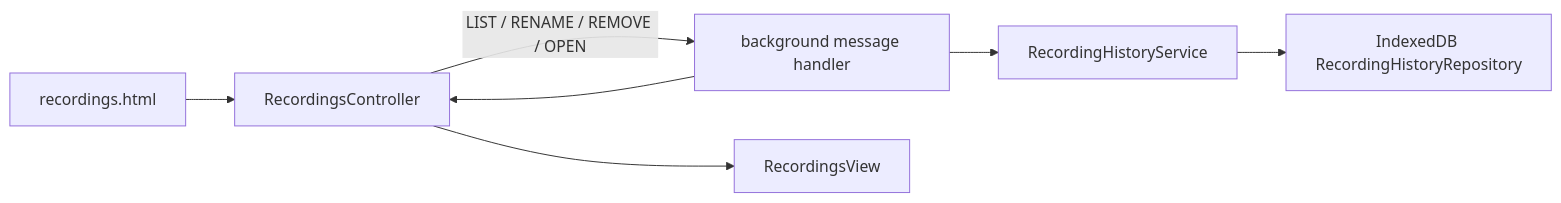
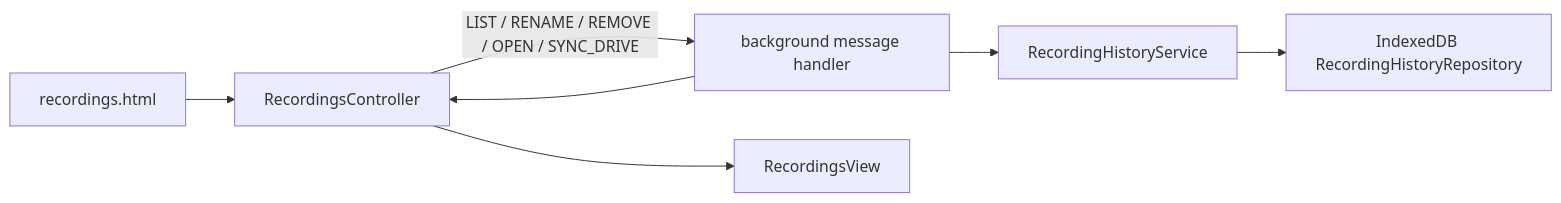
One commit to kstroevsky/chrome-meeting-recording-extension changed the diagram in src/recordings/README.md. Above: the diagram before and after it, drawn with Mermaid. The commit also changed other lines of this file and 6 other files, not shown here.

Commit message:
Testing: Sync with Drive and the WebM duration reader

````diff
--- a/src/recordings/README.md
+++ b/src/recordings/README.md
@@ -20,9 +20,9 @@
 ```mermaid
 flowchart LR
     PAGE["recordings.html"] --> CTRL["RecordingsController"]
-    CTRL -->|"LIST / RENAME / REMOVE / OPEN"| BG["background message handler"]
+    CTRL -->|"LIST / RENAME / REMOVE / OPEN / SYNC_DRIVE"| BG["background message handler"]
     BG --> SVC["RecordingHistoryService"]
     SVC --> DB["IndexedDB RecordingHistoryRepository"]
     BG --> CTRL
     CTRL --> VIEW["RecordingsView"]
 ```
````
